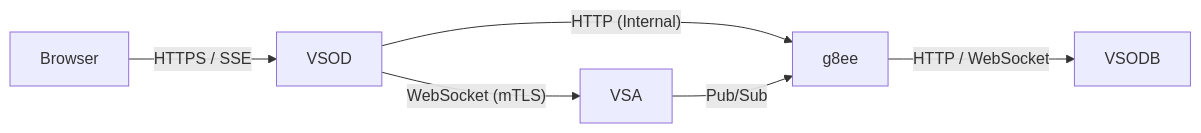
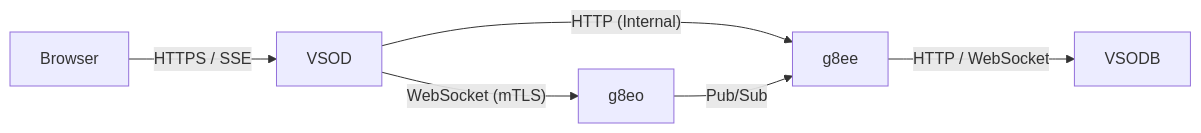
One commit to g8e-ai/g8e changed the first of 2 diagrams in docs/components/g8ee.md. Above: the diagram before and after it, drawn with Mermaid. The commit also changed other lines of this file and 481 other files, not shown here.

````diff
--- a/docs/components/g8ee.md
+++ b/docs/components/g8ee.md
@@ -34,8 +34,8 @@
 ```mermaid
 graph LR
     Browser -- "HTTPS / SSE" --> VSOD
     VSOD -- "HTTP (Internal)" --> g8ee
     g8ee -- "HTTP / WebSocket" --> VSODB
-    VSOD -- "WebSocket (mTLS)" --> VSA
-    VSA -- "Pub/Sub" --> g8ee
+    VSOD -- "WebSocket (mTLS)" --> g8eo
+    g8eo -- "Pub/Sub" --> g8ee
 ```
````
